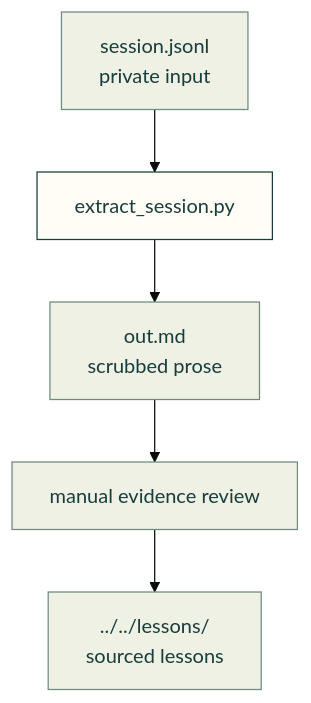
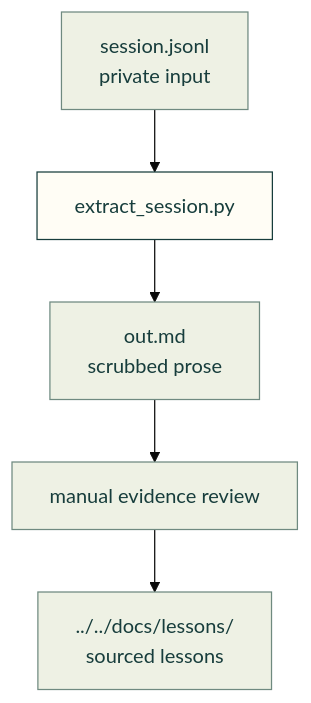
One commit to Valpatel/cad-agent changed the diagram in tools/mining/README.md. Above: the diagram before and after it, drawn with Mermaid (base theme). The commit also changed 6 other files, not shown here.

````diff
--- a/tools/mining/README.md
+++ b/tools/mining/README.md
@@ -7,11 +7,11 @@
 ```mermaid
 flowchart TD
     I["session.jsonl<br/>private input"] --> E["extract_session.py"]
     E --> O["out.md<br/>scrubbed prose"]
     O --> R["manual evidence review"]
-    R --> L["../../lessons/<br/>sourced lessons"]
+    R --> L["../../docs/lessons/<br/>sourced lessons"]
     classDef here fill:#fffdf5,stroke:#173d3c,color:#173d3c
     classDef near fill:#eef1e4,stroke:#6f8a80,color:#173d3c
     class E here
     class I,O,R,L near
 ```
````
